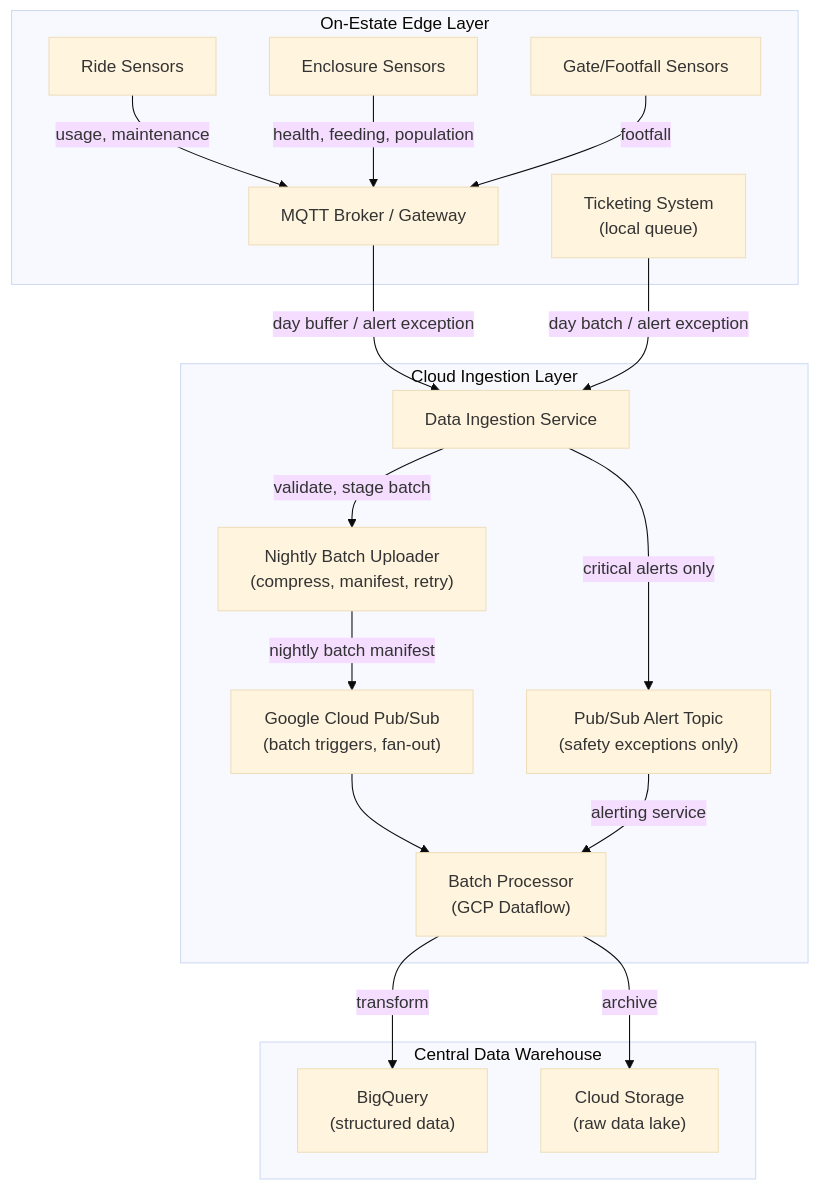
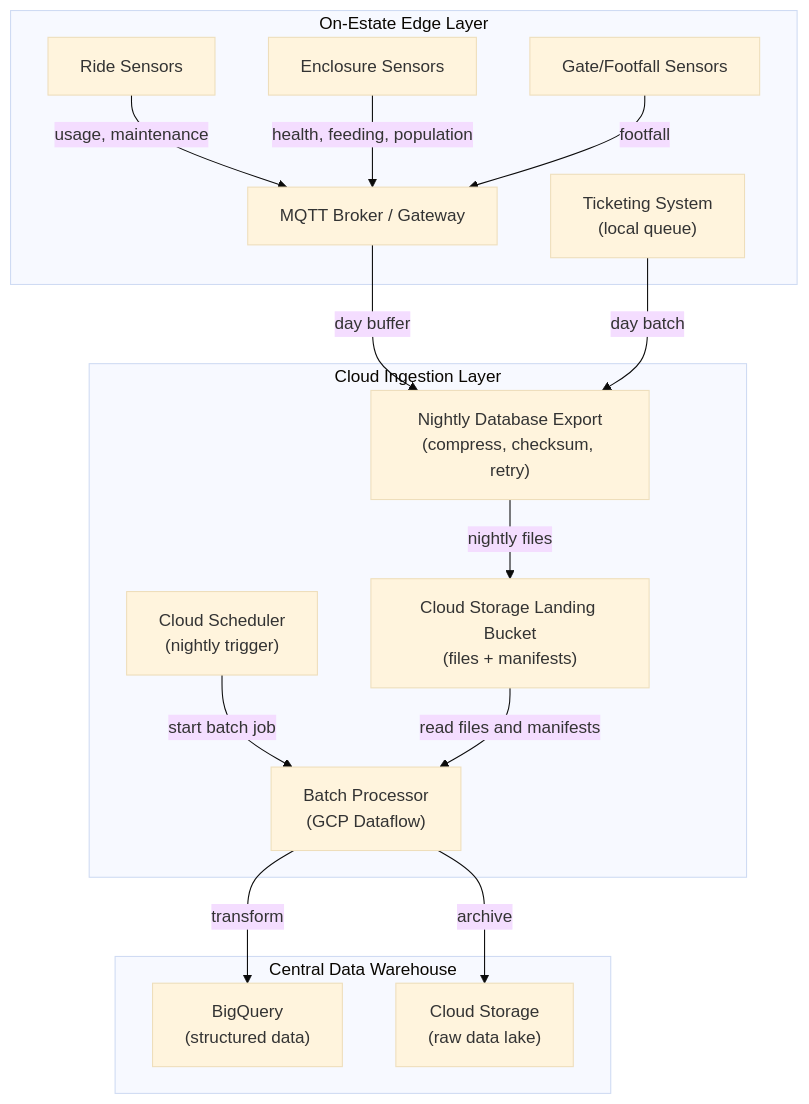
Before and after one commit to prafulnaveen/Marsian: the diagram in hld/DataWarehouse/ingestion.md, drawn with Mermaid (base theme). The commit also changed other lines of this file, not shown here.

Commit message:
Moved from pubsub to cloud storage

````diff
--- a/hld/DataWarehouse/ingestion.md
+++ b/hld/DataWarehouse/ingestion.md
@@ -9,37 +9,34 @@
 ```mermaid
-graph TB
+flowchart TD
     subgraph EDGE["On-Estate Edge Layer"]
         MQTT["MQTT Broker / Gateway"]
         RIDESENSOR["Ride Sensors"]
         ENCSENSOR["Enclosure Sensors"]
         GATESENSOR["Gate/Footfall Sensors"]
-        TICKETGW["Ticketing System\n(local queue)"]
+        TICKETGW["Ticketing System<br/>(local queue)"]
     end
 
     subgraph CLOUD_INGEST["Cloud Ingestion Layer"]
-        INGESTAPI["Data Ingestion Service"]
-      BATCH["Nightly Batch Uploader\n(compress, manifest, retry)"]
-      PUBSUB["Google Cloud Pub/Sub\n(batch triggers, fan-out)"]
-      ALERTPUBSUB["Pub/Sub Alert Topic\n(safety exceptions only)"]
-      DATAFLOW["Batch Processor\n(GCP Dataflow)"]
+        EXPORT["Nightly Database Export<br/>(compress, checksum, retry)"]
+        LANDING["Cloud Storage Landing Bucket<br/>(files + manifests)"]
+        SCHEDULER["Cloud Scheduler<br/>(nightly trigger)"]
+        DATAFLOW["Batch Processor<br/>(GCP Dataflow)"]
     end
 
     subgraph DW["Central Data Warehouse"]
-        BQ["BigQuery\n(structured data)"]
-        GCS["Cloud Storage\n(raw data lake)"]
+        BQ["BigQuery<br/>(structured data)"]
+        GCS["Cloud Storage<br/>(raw data lake)"]
     end
 
-    MQTT -->|"day buffer / alert exception"| INGESTAPI
-    TICKETGW -->|"day batch / alert exception"| INGESTAPI
+    MQTT -->|"day buffer"| EXPORT
+    TICKETGW -->|"day batch"| EXPORT
     RIDESENSOR -->|"usage, maintenance"| MQTT
     ENCSENSOR -->|"health, feeding, population"| MQTT
     GATESENSOR -->|"footfall"| MQTT
-    
-    INGESTAPI -->|"validate, stage batch"| BATCH
-    BATCH -->|"nightly batch manifest"| PUBSUB
-    PUBSUB --> DATAFLOW
-    INGESTAPI -->|"critical alerts only"| ALERTPUBSUB
-    ALERTPUBSUB -->|"alerting service"| DATAFLOW
+
+    EXPORT -->|"nightly files"| LANDING
+    SCHEDULER -->|"start batch job"| DATAFLOW
+    LANDING -->|"read files and manifests"| DATAFLOW
     DATAFLOW -->|"transform"| BQ
     DATAFLOW -->|"archive"| GCS
 ```
````
